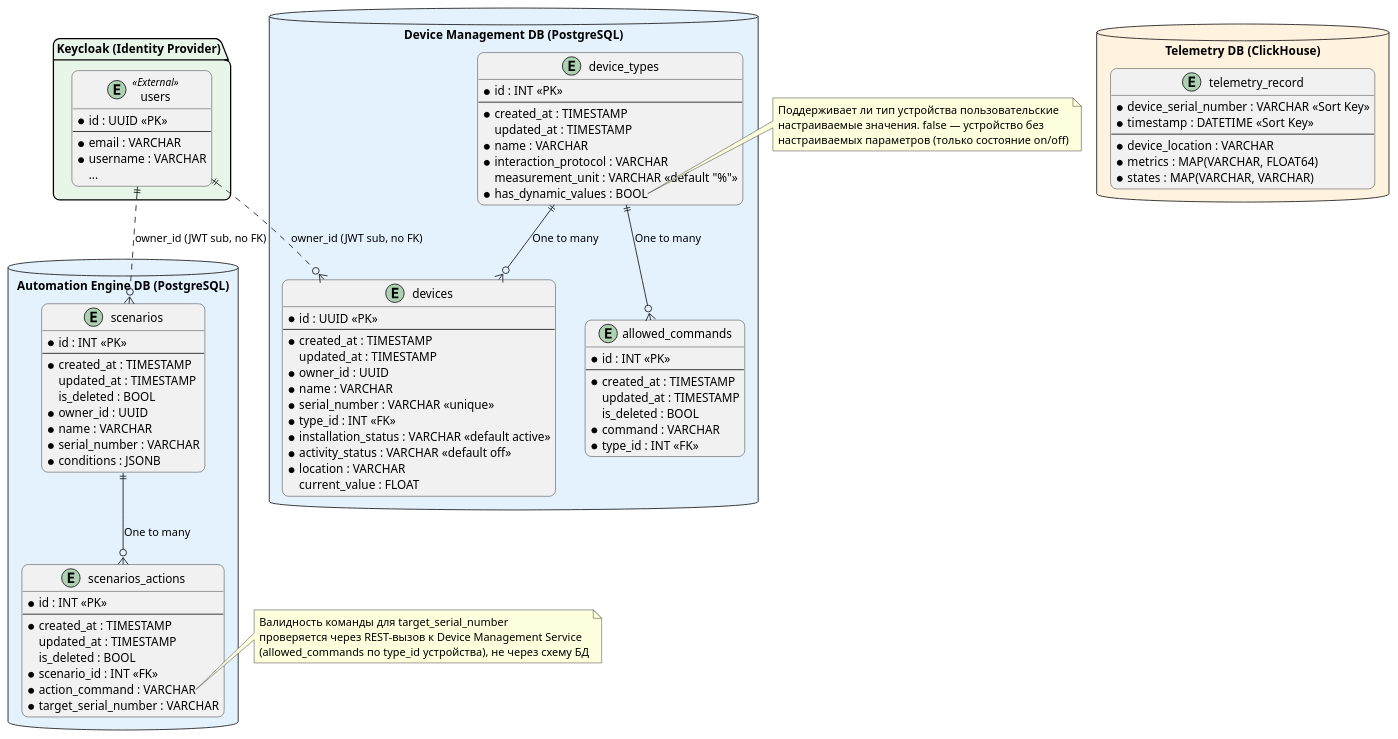
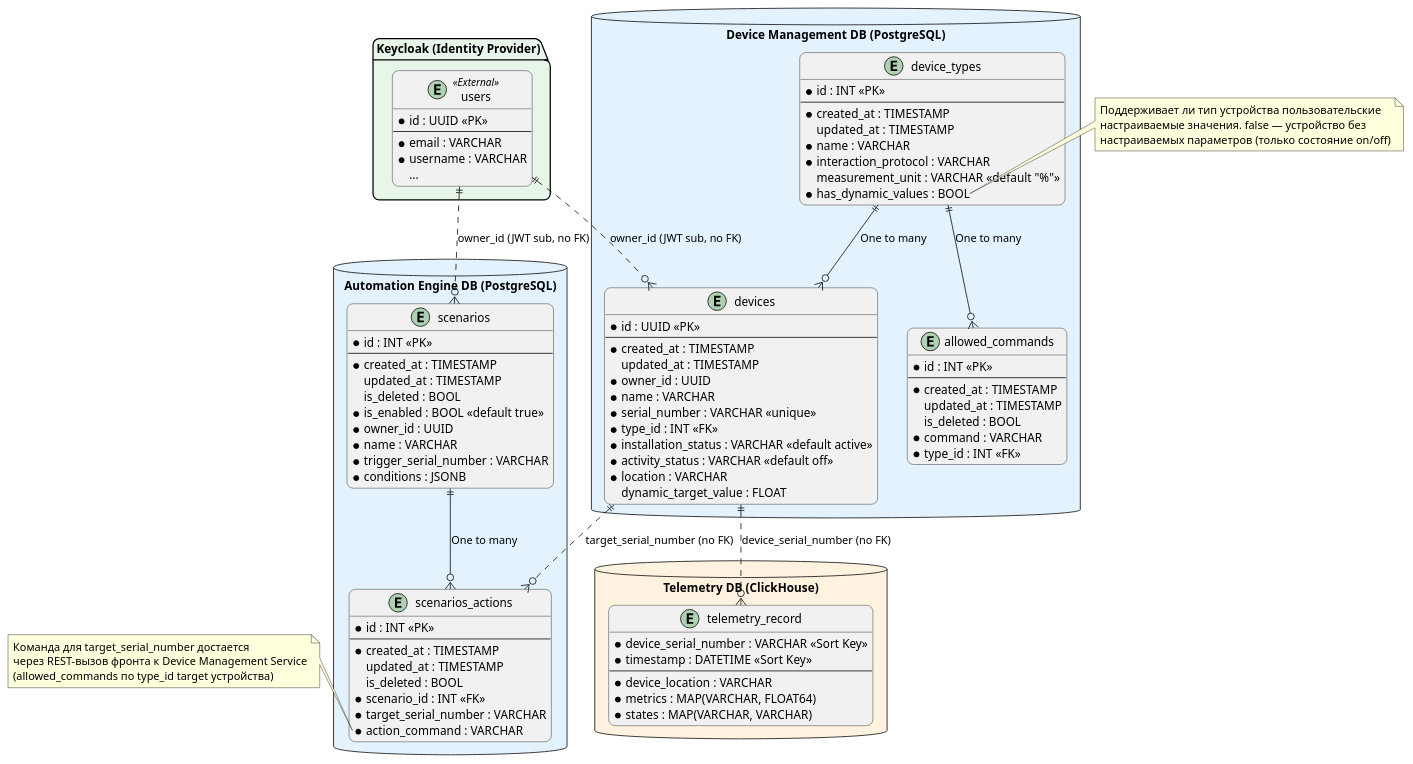
One commit to Nikilandgelo/architecture-pro-warmhouse changed the diagram in schemas/task_3/ER.puml. Above: the diagram before and after it, drawn with PlantUML. The commit also changed 5 other files, not shown here.

```diff
--- a/schemas/task_3/ER.puml
+++ b/schemas/task_3/ER.puml
@@ -1,115 +1,120 @@
 @startuml
 skinparam roundcorner 15
 
 package "Keycloak (Identity Provider)" #E8F5E9 {
     entity "users" as users <<External>> {
         * id : UUID <<PK>>
         --
         * email : VARCHAR
         * username : VARCHAR
         ...
     }
 }
 
 
 database "Device Management DB (PostgreSQL)" #E3F2FD {
 
     entity "allowed_commands" as allowed_commands {
       * id : INT <<PK>>
       --
       * created_at : TIMESTAMP
       updated_at : TIMESTAMP
       is_deleted : BOOL
       * command : VARCHAR
       * type_id : INT <<FK>>
     }
 
     entity "device_types" as device_types {
       * id : INT <<PK>>
       --
       * created_at : TIMESTAMP
       updated_at : TIMESTAMP
       * name : VARCHAR
       * interaction_protocol : VARCHAR
       measurement_unit : VARCHAR <<default "%">>
       * has_dynamic_values : BOOL
     }
 
     entity "devices" as devices {
       * id : UUID <<PK>>
       --
       * created_at : TIMESTAMP
       updated_at : TIMESTAMP
       * owner_id : UUID
       * name : VARCHAR
       * serial_number : VARCHAR <<unique>>
       * type_id : INT <<FK>>
       * installation_status : VARCHAR <<default active>>
       * activity_status : VARCHAR <<default off>>
       * location : VARCHAR
-      current_value : FLOAT
+      dynamic_target_value : FLOAT
     }
 }
 
 
 database "Automation Engine DB (PostgreSQL)" #E3F2FD {
 
     entity "scenarios" as scenarios {
           * id : INT <<PK>>
           --
           * created_at : TIMESTAMP
           updated_at : TIMESTAMP
           is_deleted : BOOL
+          * is_enabled : BOOL <<default true>>
           * owner_id : UUID
           * name : VARCHAR
-          * serial_number : VARCHAR
+          * trigger_serial_number : VARCHAR
           * conditions : JSONB
         }
 
     entity "scenarios_actions" as scenarios_actions {
         * id : INT <<PK>>
         --
         * created_at : TIMESTAMP
         updated_at : TIMESTAMP
         is_deleted : BOOL
         * scenario_id : INT <<FK>>
+        * target_serial_number : VARCHAR
         * action_command : VARCHAR
-        * target_serial_number : VARCHAR
     }
 }
 
 
 database "Telemetry DB (ClickHouse)" #FFF3E0 {
 
     entity "telemetry_record" as telemetry_record {
         * device_serial_number : VARCHAR <<Sort Key>>
         * timestamp : DATETIME <<Sort Key>>
         --
         * device_location : VARCHAR
         * metrics : MAP(VARCHAR, FLOAT64)
         * states : MAP(VARCHAR, VARCHAR)
     }
 }
 
 
 device_types ||--o{ devices : "One to many"
 device_types ||--o{ allowed_commands : "One to many"
 scenarios ||--o{ scenarios_actions : "One to many"
 
 users ||..o{ devices : "owner_id (JWT sub, no FK)"
 users ||..o{ scenarios : "owner_id (JWT sub, no FK)"
 
-note right of scenarios_actions::action_command
-    Валидность команды для target_serial_number
-    проверяется через REST-вызов к Device Management Service
-    (allowed_commands по type_id устройства), не через схему БД
+devices ||..o{ telemetry_record : "device_serial_number (no FK)"
+devices ||..o{ scenarios_actions : "target_serial_number (no FK)"
+
+
+note left of scenarios_actions::action_command
+    Команда для target_serial_number достается
+    через REST-вызов фронта к Device Management Service
+    (allowed_commands по type_id target устройства)
 end note
 
 
 note right of device_types::has_dynamic_values
   Поддерживает ли тип устройства пользовательские
   настраиваемые значения. false — устройство без
   настраиваемых параметров (только состояние on/off)
 end note
 
 @enduml
```
